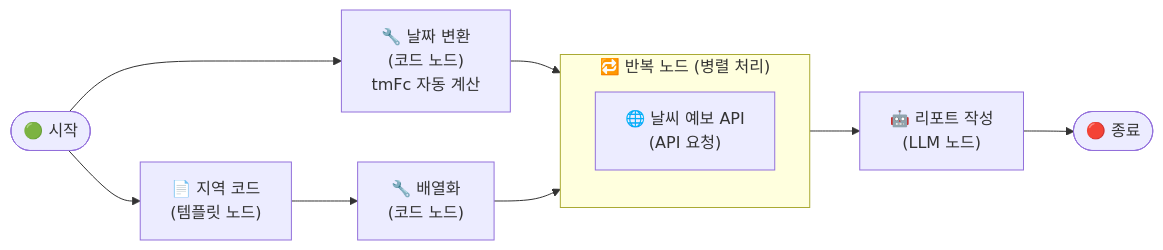
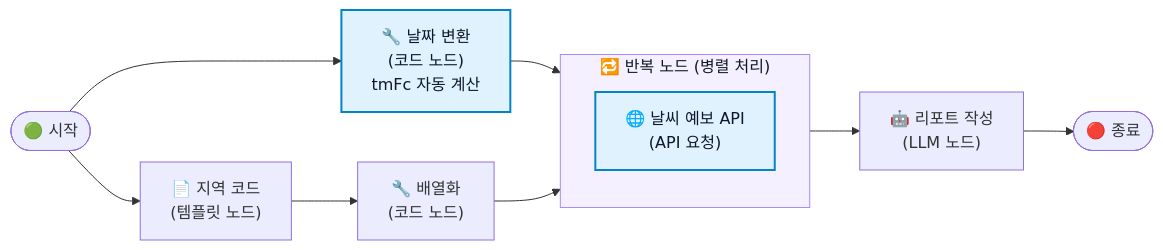
The diagram in study/miso/5./3.md (bongsu47/portfolio), drawn with Mermaid before and after one commit. The commit also changed other lines of this file and 18 other files, not shown here.

````diff
--- a/study/miso/5./3.md
+++ b/study/miso/5./3.md
@@ -7,13 +7,19 @@
 ```mermaid
 flowchart LR
     A([🟢 시작]) --> B["🔧 날짜 변환\n(코드 노드)\ntmFc 자동 계산"]
     A --> C["📄 지역 코드\n(템플릿 노드)"]
     C --> D["🔧 배열화\n(코드 노드)"]
     B --> E
     D --> E
     subgraph E["🔁 반복 노드 (병렬 처리)"]
         F["🌐 날씨 예보 API\n(API 요청)"]
     end
     E --> G["🤖 리포트 작성\n(LLM 노드)"]
     G --> H([🔴 종료])
+    
+classDef skyNode fill:#E0F2FE,stroke:#0284C7,stroke-width:2px,color:#0F172A;
+class B,F skyNode;
+
+classDef defaultLike fill:#F5F0FF,stroke:#A78BFA,stroke-width:1px,color:#111827;
+style E fill:#F5F0FF,stroke:#A78BFA,stroke-width:1px,color:#111827;
 ```
````
